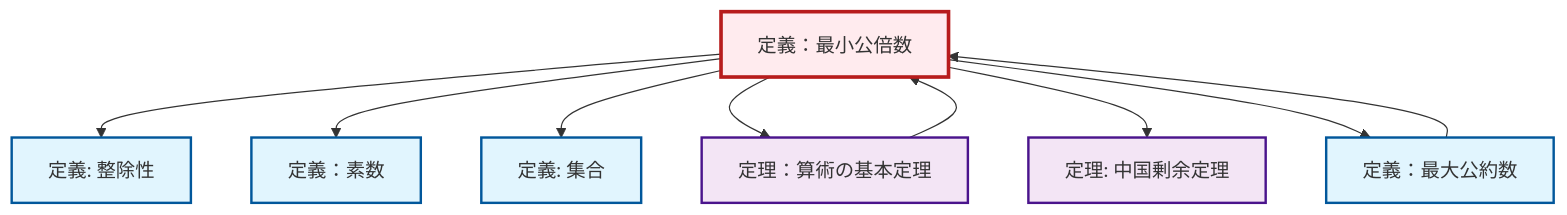
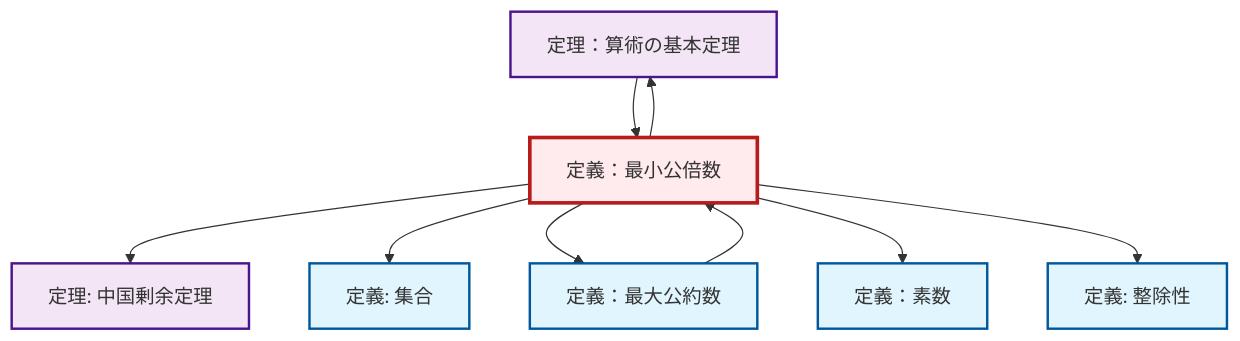
Before and after one commit to RK0429/ModernMath: the diagram in content/ja/number-theory/def-lcm.qmd, drawn with Mermaid. The commit also changed other lines of this file and 328 other files, not shown here.

````diff
--- a/content/ja/number-theory/def-lcm.qmd
+++ b/content/ja/number-theory/def-lcm.qmd
@@ -84,31 +84,31 @@
 ```{mermaid}
 %%| fig-cap: "ローカル依存関係グラフ"
 graph TD
     classDef definition fill:#e1f5fe,stroke:#01579b,stroke-width:2px
     classDef theorem fill:#f3e5f5,stroke:#4a148c,stroke-width:2px
     classDef axiom fill:#fff3e0,stroke:#e65100,stroke-width:2px
     classDef example fill:#e8f5e9,stroke:#1b5e20,stroke-width:2px
     classDef current fill:#ffebee,stroke:#b71c1c,stroke-width:3px
+    thm-fundamental-arithmetic["定理：算術の基本定理"]:::theorem
+    thm-chinese-remainder["定理: 中国剰余定理"]:::theorem
+    def-lcm["定義：最小公倍数"]:::definition
     def-set["定義: 集合"]:::definition
-    def-lcm["定義：最小公倍数"]:::definition
-    thm-fundamental-arithmetic["定理：算術の基本定理"]:::theorem
+    def-divisibility["定義: 整除性"]:::definition
+    def-gcd["定義：最大公約数"]:::definition
     def-prime["定義：素数"]:::definition
-    def-gcd["定義：最大公約数"]:::definition
-    thm-chinese-remainder["定理: 中国剰余定理"]:::theorem
-    def-divisibility["定義: 整除性"]:::definition
-    def-lcm --> def-divisibility
-    def-lcm --> def-prime
-    thm-fundamental-arithmetic --> def-lcm
+    def-lcm --> thm-chinese-remainder
     def-lcm --> def-set
     def-lcm --> thm-fundamental-arithmetic
-    def-lcm --> thm-chinese-remainder
+    def-lcm --> def-gcd
+    thm-fundamental-arithmetic --> def-lcm
+    def-lcm --> def-prime
     def-gcd --> def-lcm
-    def-lcm --> def-gcd
+    def-lcm --> def-divisibility
     class def-lcm current
+    click thm-fundamental-arithmetic "thm-fundamental-arithmetic.html" "定理：算術の基本定理へ"
+    click thm-chinese-remainder "thm-chinese-remainder.html" "中国剰余定理の定理へ"
     click def-set "def-set.html" "集合の定義へ"
-    click thm-fundamental-arithmetic "thm-fundamental-arithmetic.html" "定理：算術の基本定理へ"
+    click def-divisibility "def-divisibility.html" "整除性の定義へ"
+    click def-gcd "def-gcd.html" "定義：最大公約数へ"
     click def-prime "def-prime.html" "定義：素数へ"
-    click def-gcd "def-gcd.html" "定義：最大公約数へ"
-    click thm-chinese-remainder "thm-chinese-remainder.html" "中国剰余定理の定理へ"
-    click def-divisibility "def-divisibility.html" "整除性の定義へ"
 ```
````
